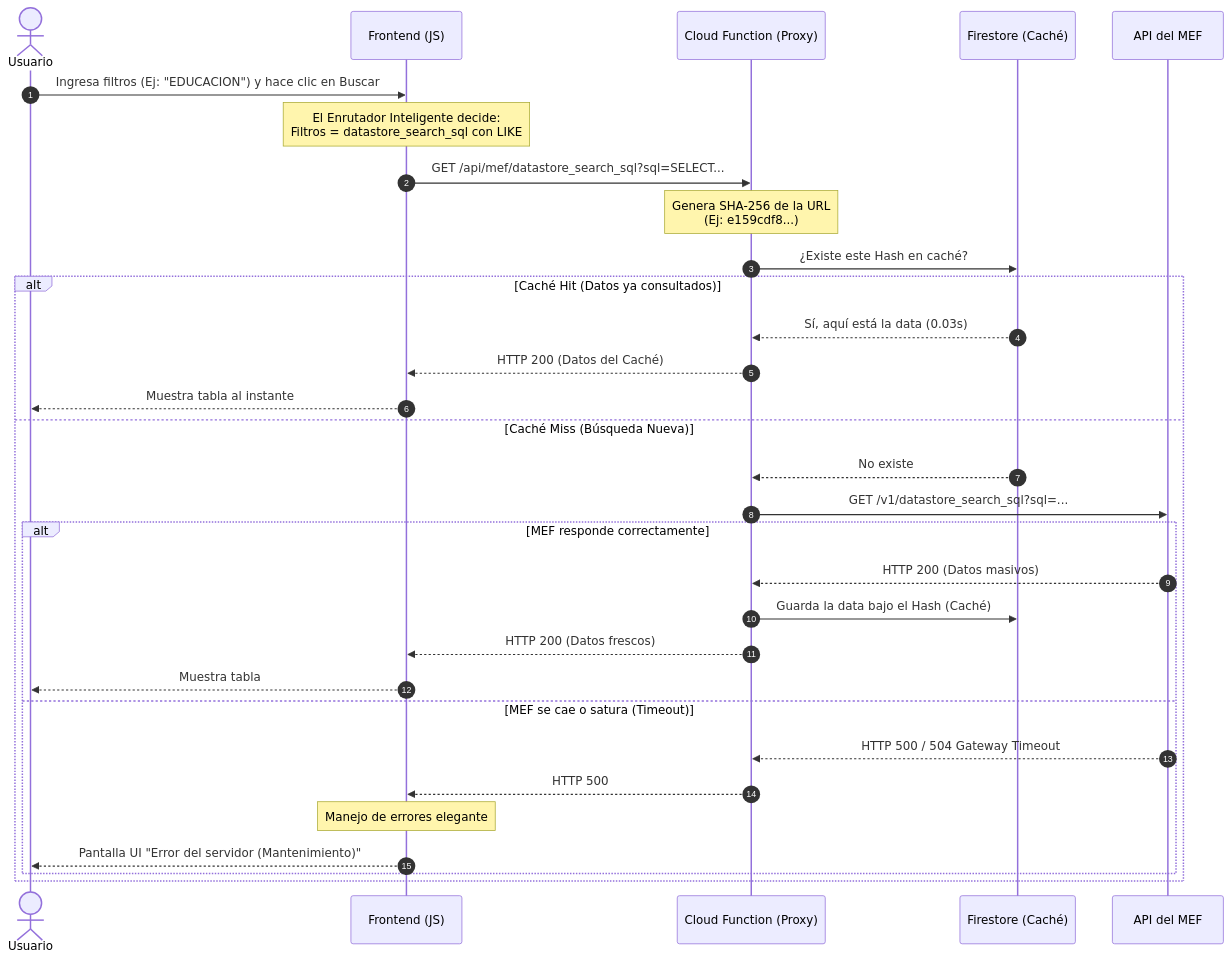
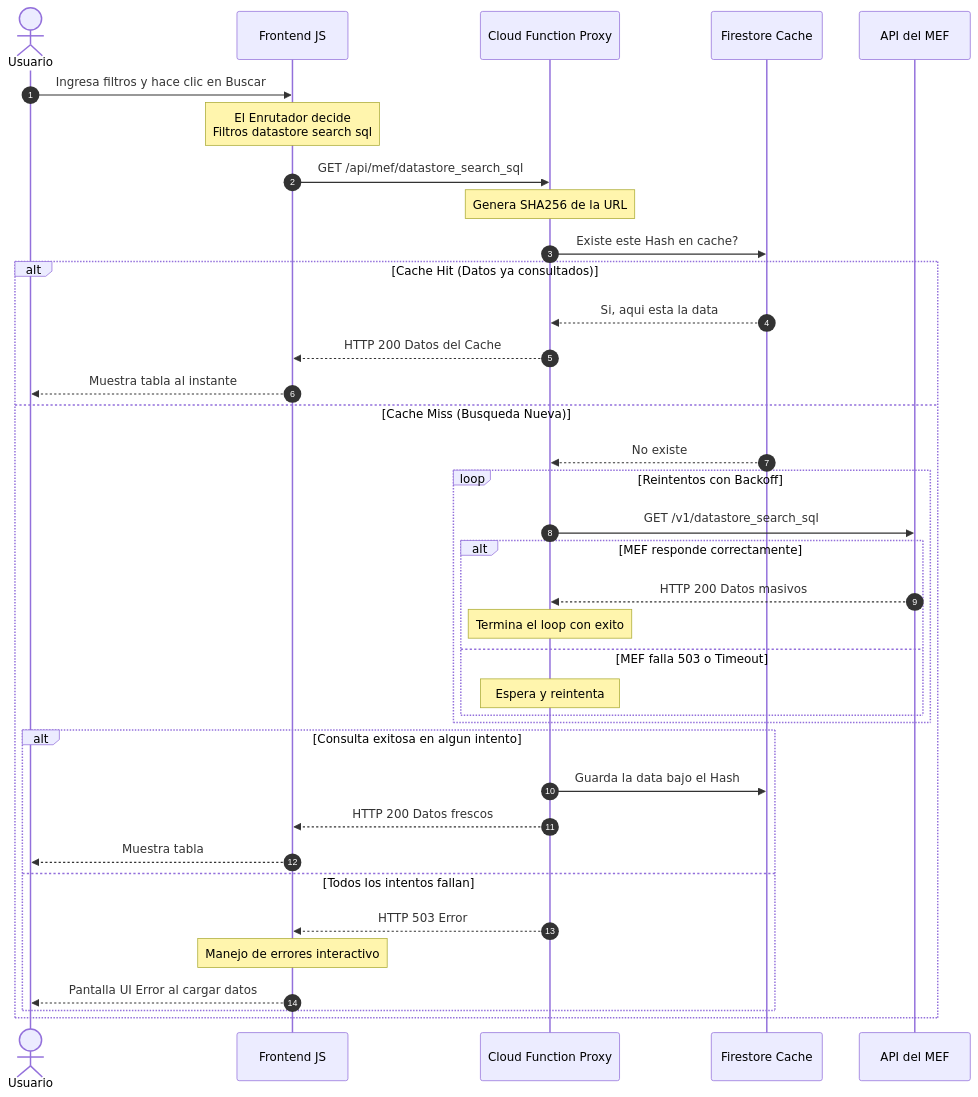
Before and after one commit to MarteDevs/expedientecheck-reto: the second of 2 diagrams in docs/arquitectura.md, drawn with Mermaid. The commit also changed other lines of this file and 8 other files, not shown here.

````diff
--- a/docs/arquitectura.md
+++ b/docs/arquitectura.md
@@ -73,39 +74,46 @@
 ```mermaid
 sequenceDiagram
     autonumber
     actor U as Usuario
-    participant FE as Frontend (JS)
-    participant CF as Cloud Function (Proxy)
-    participant FS as Firestore (Caché)
+    participant FE as Frontend JS
+    participant CF as Cloud Function Proxy
+    participant FS as Firestore Cache
     participant MEF as API del MEF
     
-    U->>FE: Ingresa filtros (Ej: "EDUCACION") y hace clic en Buscar
-    Note over FE: El Enrutador Inteligente decide:<br/>Filtros = datastore_search_sql con LIKE
+    U->>FE: Ingresa filtros y hace clic en Buscar
+    Note over FE: El Enrutador decide<br/>Filtros datastore search sql
     
-    FE->>CF: GET /api/mef/datastore_search_sql?sql=SELECT...
+    FE->>CF: GET /api/mef/datastore_search_sql
     
-    Note over CF: Genera SHA-256 de la URL<br/>(Ej: e159cdf8...)
+    Note over CF: Genera SHA256 de la URL
     
-    CF->>FS: ¿Existe este Hash en caché?
+    CF->>FS: Existe este Hash en cache?
     
-    alt Caché Hit (Datos ya consultados)
-        FS-->>CF: Sí, aquí está la data (0.03s)
-        CF-->>FE: HTTP 200 (Datos del Caché)
+    alt Cache Hit (Datos ya consultados)
+        FS-->>CF: Si, aqui esta la data
+        CF-->>FE: HTTP 200 Datos del Cache
         FE-->>U: Muestra tabla al instante
-    else Caché Miss (Búsqueda Nueva)
+    else Cache Miss (Busqueda Nueva)
         FS-->>CF: No existe
-        CF->>MEF: GET /v1/datastore_search_sql?sql=...
         
-        alt MEF responde correctamente
-            MEF-->>CF: HTTP 200 (Datos masivos)
-            CF->>FS: Guarda la data bajo el Hash (Caché)
-            CF-->>FE: HTTP 200 (Datos frescos)
+        loop Reintentos con Backoff
+            CF->>MEF: GET /v1/datastore_search_sql
+            alt MEF responde correctamente
+                MEF-->>CF: HTTP 200 Datos masivos
+                Note over CF: Termina el loop con exito
+            else MEF falla 503 o Timeout
+                Note over CF: Espera y reintenta
+            end
+        end
+        
+        alt Consulta exitosa en algun intento
+            CF->>FS: Guarda la data bajo el Hash
+            CF-->>FE: HTTP 200 Datos frescos
             FE-->>U: Muestra tabla
-        else MEF se cae o satura (Timeout)
-            MEF-->>CF: HTTP 500 / 504 Gateway Timeout
-            CF-->>FE: HTTP 500
-            Note over FE: Manejo de errores elegante
-            FE-->>U: Pantalla UI "Error del servidor (Mantenimiento)"
+        else Todos los intentos fallan
+            CF-->>FE: HTTP 503 Error
+            Note over FE: Manejo de errores interactivo
+            FE-->>U: Pantalla UI Error al cargar datos
         end
     end
 ```
````
